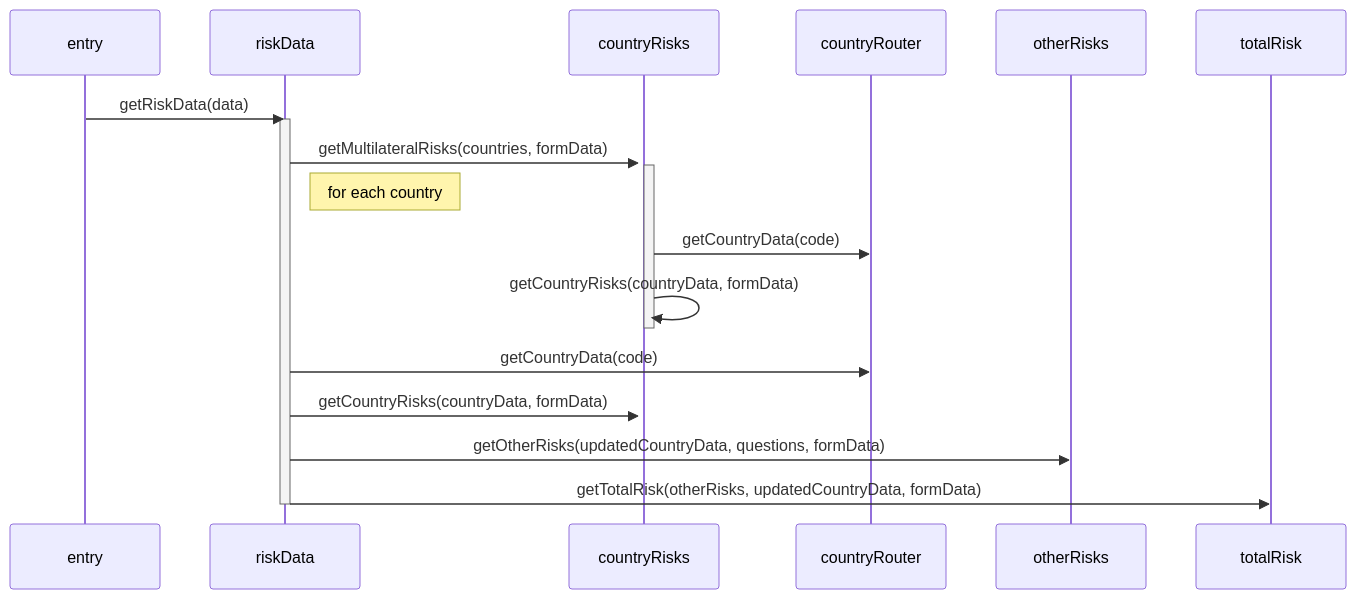
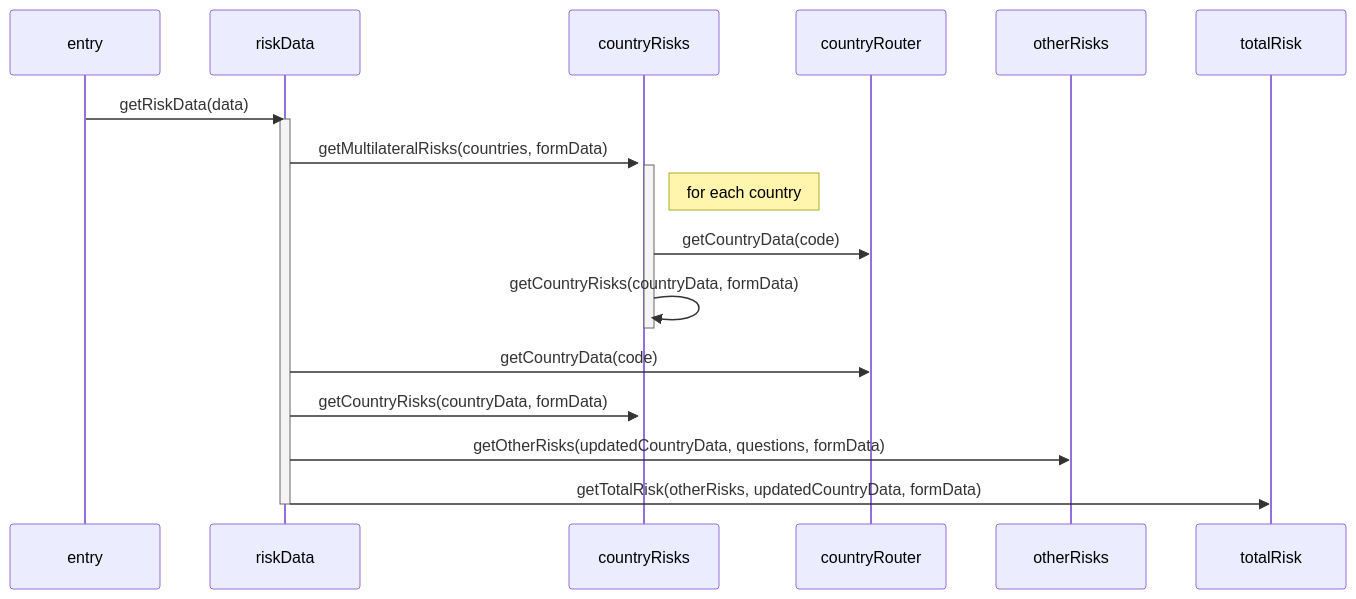
Before and after one commit to UniversityOfHelsinkiCS/riksutin: the diagram in docs/control_flow.md, drawn with Mermaid.

Commit message:
Fix note reference in control flow documentation

````diff
--- a/docs/control_flow.md
+++ b/docs/control_flow.md
@@ -1,23 +1,23 @@
 ```mermaid
 sequenceDiagram
     participant entry
     participant riskData
     participant countryRisks
     participant countryRouter
     participant otherRisks
     participant totalRisk
 
     entry->>riskData: getRiskData(data)
     activate riskData
     riskData ->>+ countryRisks: getMultilateralRisks(countries, formData)
     activate countryRisks
-    Note right of riskData: for each country
+    Note right of countryRisks: for each country
     countryRisks ->> countryRouter: getCountryData(code)
     countryRisks ->> countryRisks: getCountryRisks(countryData, formData)
     deactivate countryRisks
     riskData ->> countryRouter: getCountryData(code)
     riskData ->> countryRisks: getCountryRisks(countryData, formData)
     riskData ->> otherRisks: getOtherRisks(updatedCountryData, questions, formData)
     riskData ->> totalRisk: getTotalRisk(otherRisks, updatedCountryData, formData)
     deactivate riskData
 ```
````
